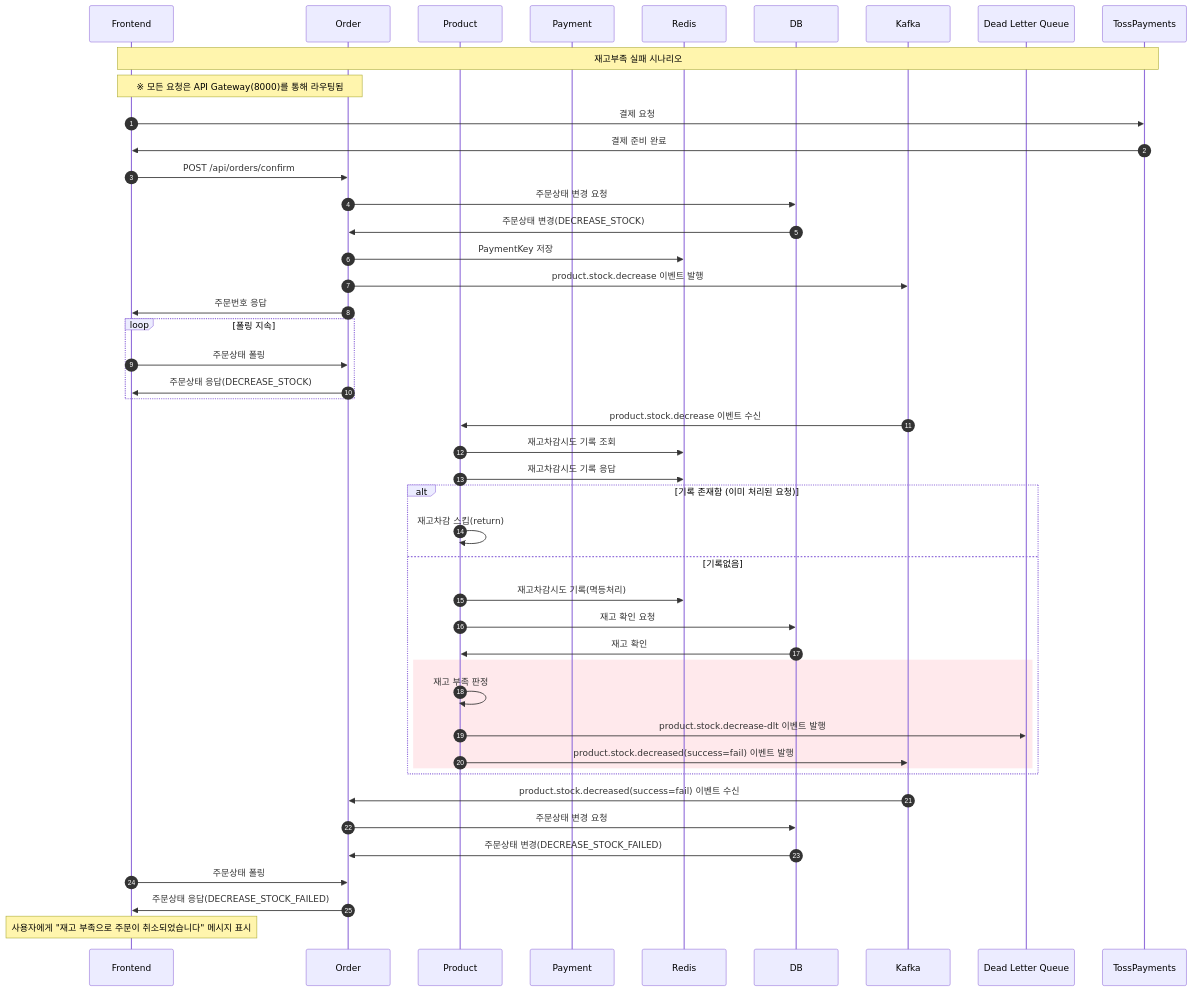
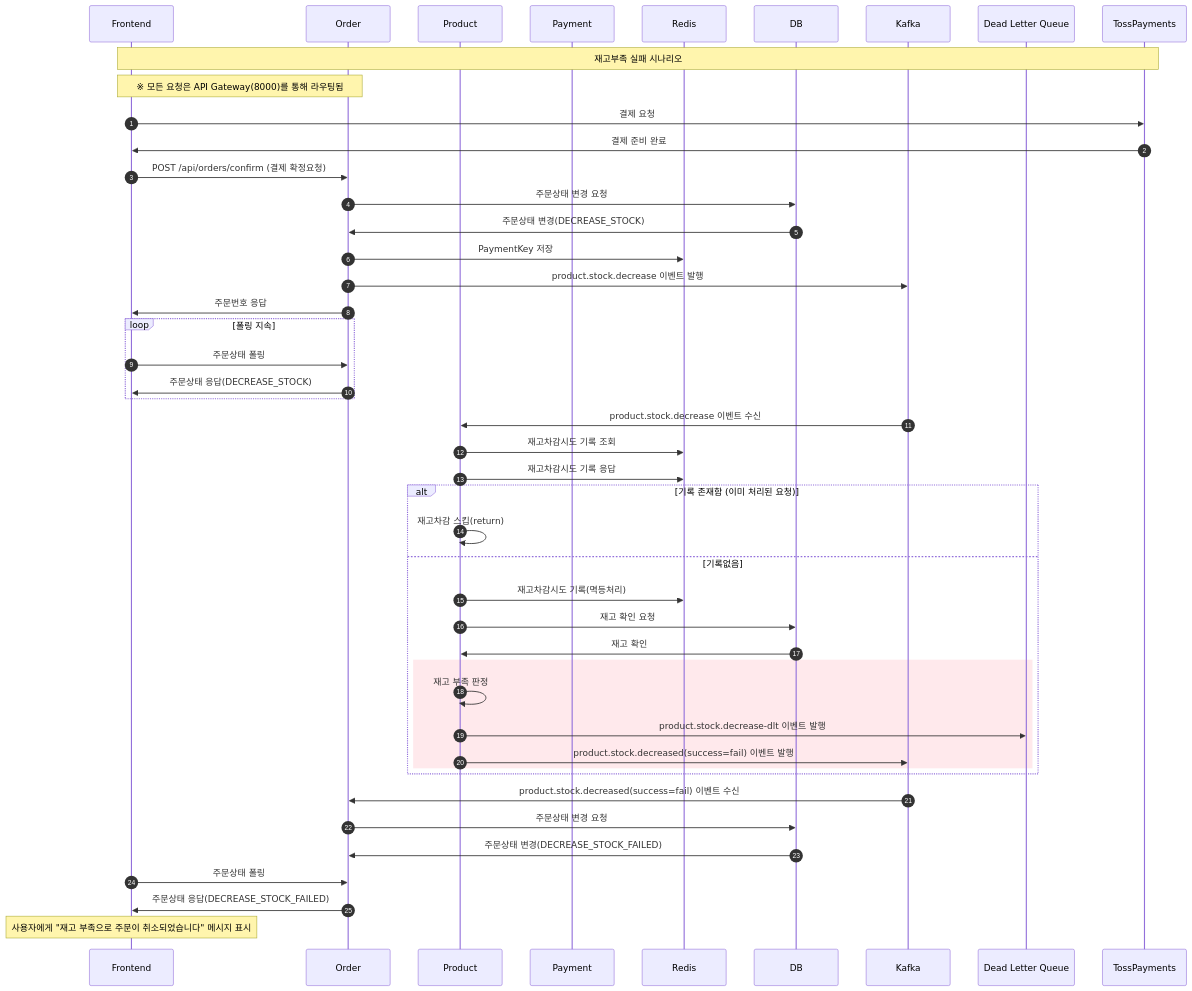
The fourth of 5 diagrams in readMe.md (hana0627/i-love-pet), drawn with Mermaid before and after one commit. The commit also changed other lines of this file, not shown here.

````diff
--- a/readMe.md
+++ b/readMe.md
@@ -374,59 +374,59 @@
 ```mermaid
 sequenceDiagram autonumber
     participant Frontend
     participant Order
     participant Product
     participant Payment
     participant Redis
     participant DB
     participant Kafka
     participant DLQ as Dead Letter Queue
     participant TossPayments
 
     Note over Frontend,TossPayments: 재고부족 실패 시나리오
     Note over Frontend,Order: ※ 모든 요청은 API Gateway(8000)를 통해 라우팅됨
 
     Frontend->>TossPayments: 결제 요청
     TossPayments->>Frontend: 결제 준비 완료
 
 
-    Frontend->>Order: POST /api/orders/confirm
+    Frontend->>Order: POST /api/orders/confirm (결제 확정요청)
     Order->>DB: 주문상태 변경 요청
     DB->>Order: 주문상태 변경(DECREASE_STOCK)
     Order->>Redis: PaymentKey 저장
     Order->>Kafka: product.stock.decrease 이벤트 발행
     Order->>Frontend: 주문번호 응답
     
     loop 폴링 지속
         Frontend->>Order: 주문상태 폴링
         Order->>Frontend: 주문상태 응답(DECREASE_STOCK)
     end
 
     Kafka->>Product: product.stock.decrease 이벤트 수신
     
     Product->>Redis: 재고차감시도 기록 조회
     Product->>Redis: 재고차감시도 기록 응답
     
     alt 기록 존재함 (이미 처리된 요청)
         Product->>Product: 재고차감 스킵(return)
     else 기록없음 
         Product->>Redis: 재고차감시도 기록(멱등처리)
         Product->>DB: 재고 확인 요청
         DB->>Product: 재고 확인
         
         rect rgba(255, 182, 193, 0.3)
             Product->>Product: 재고 부족 판정
             Product->>DLQ: product.stock.decrease-dlt 이벤트 발행
             Product->>Kafka: product.stock.decreased(success=fail) 이벤트 발행
         end
     end
 
     Kafka->>Order: product.stock.decreased(success=fail) 이벤트 수신
     Order->>DB: 주문상태 변경 요청
     DB->>Order: 주문상태 변경(DECREASE_STOCK_FAILED)
 
     Frontend->>Order: 주문상태 폴링
     Order->>Frontend: 주문상태 응답(DECREASE_STOCK_FAILED)
     
     Note over Frontend: 사용자에게 "재고 부족으로 주문이 취소되었습니다" 메시지 표시
 ```
````
